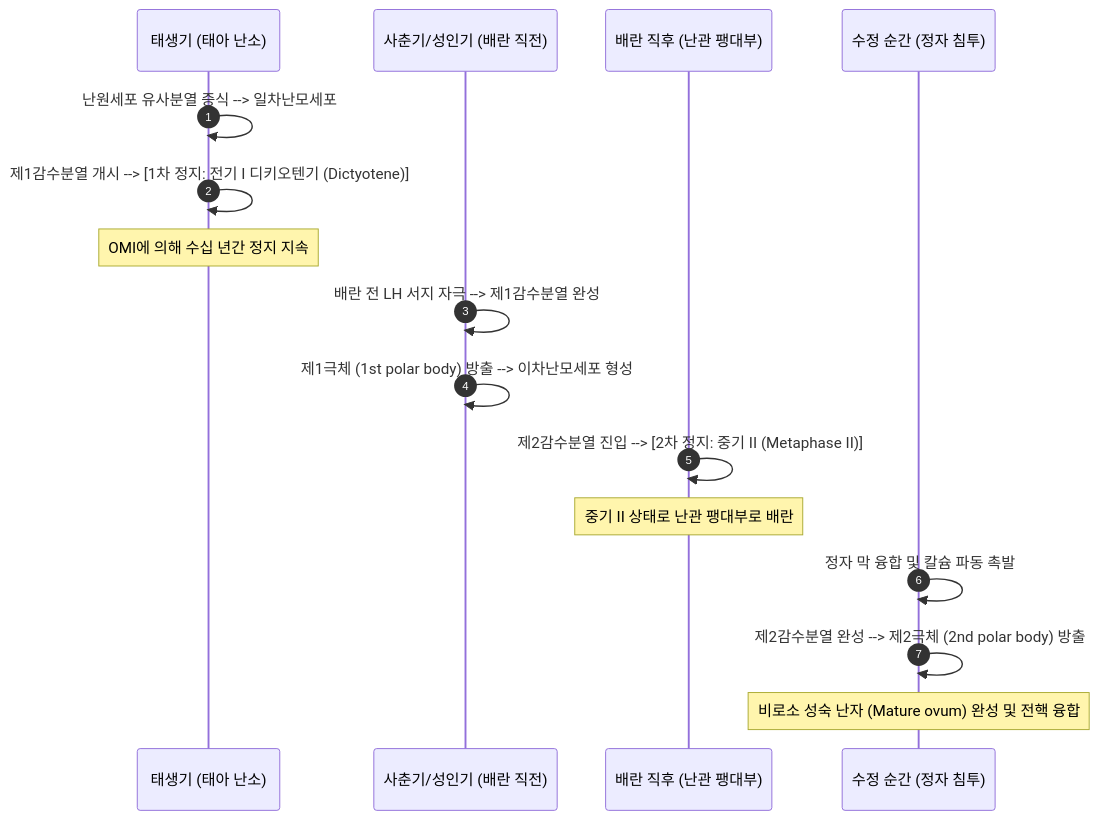
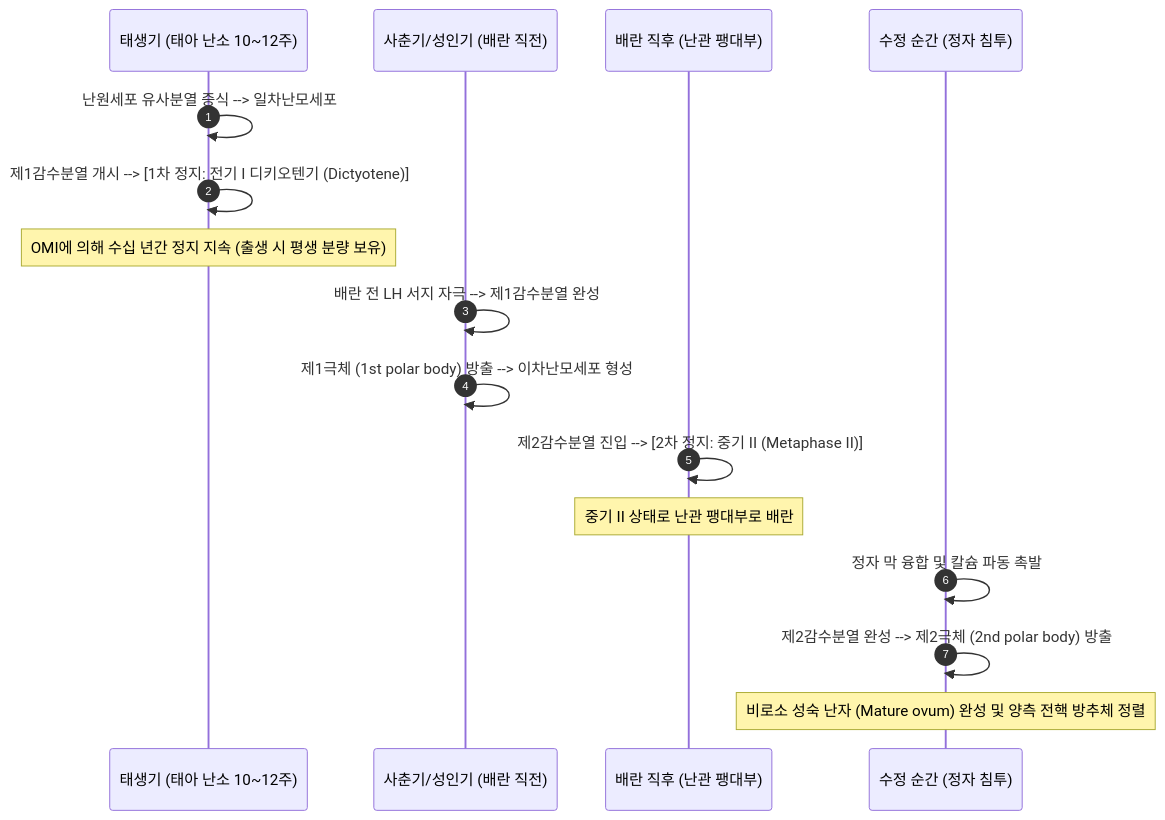
One commit to simbio11/simbio-digital-garden2 changed the first of 4 diagrams in content/5. 독서, 노트/독서/네터해부학/Vol1_생식기계/Day11_난자_수정_생식유전_불임평가_보조생식_피임학.md. Above: the diagram before and after it, drawn with Mermaid. The commit also changed other lines of this file and 7 other files, not shown here.

````diff
--- a/content/5. 독서, 노트/독서/네터해부학/Vol1_생식기계/Day11_난자_수정_생식유전_불임평가_보조생식_피임학.md
+++ b/content/5. 독서, 노트/독서/네터해부학/Vol1_생식기계/Day11_난자_수정_생식유전_불임평가_보조생식_피임학.md
@@ -70,22 +93,22 @@
 ```mermaid
 sequenceDiagram
   autonumber
-  participant F as 태생기 (태아 난소)
+  participant F as 태생기 (태아 난소 10~12주)
   participant P as 사춘기/성인기 (배란 직전)
   participant V as 배란 직후 (난관 팽대부)
   participant S as 수정 순간 (정자 침투)
   
   F->>F: 난원세포 유사분열 증식 --> 일차난모세포
   F->>F: 제1감수분열 개시 --> [1차 정지: 전기 I 디키오텐기 (Dictyotene)]
-  Note over F: OMI에 의해 수십 년간 정지 지속
+  Note over F: OMI에 의해 수십 년간 정지 지속 (출생 시 평생 분량 보유)
   
   P->>P: 배란 전 LH 서지 자극 --> 제1감수분열 완성
   P->>P: 제1극체 (1st polar body) 방출 --> 이차난모세포 형성
   
   V->>V: 제2감수분열 진입 --> [2차 정지: 중기 II (Metaphase II)]
   Note over V: 중기 II 상태로 난관 팽대부로 배란
   
   S->>S: 정자 막 융합 및 칼슘 파동 촉발
   S->>S: 제2감수분열 완성 --> 제2극체 (2nd polar body) 방출
-  Note over S: 비로소 성숙 난자 (Mature ovum) 완성 및 전핵 융합
+  Note over S: 비로소 성숙 난자 (Mature ovum) 완성 및 양측 전핵 방추체 정렬
 ```
````
